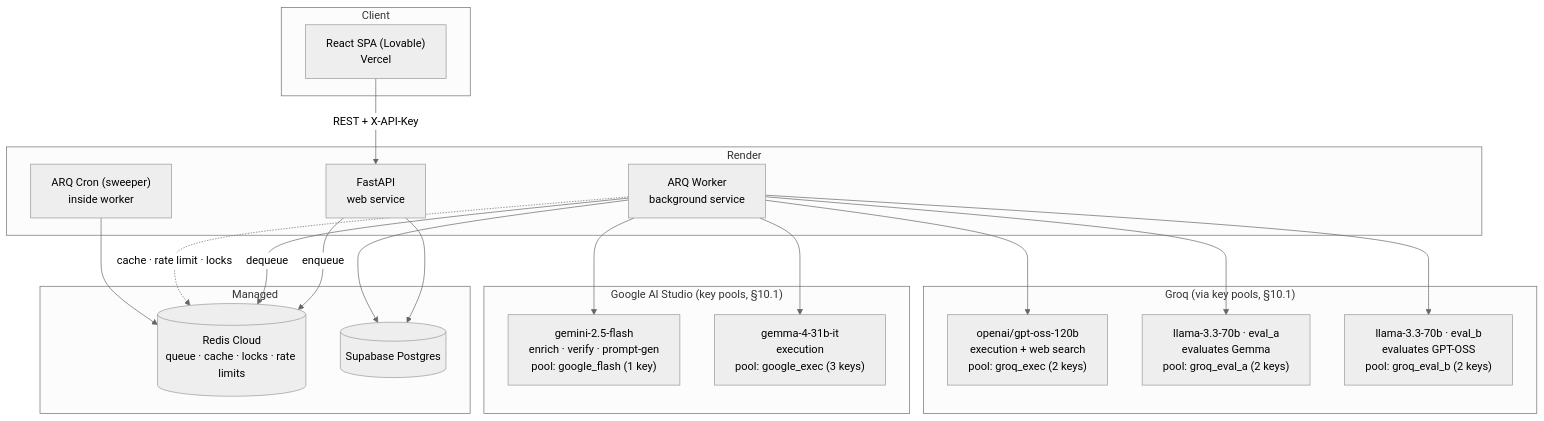
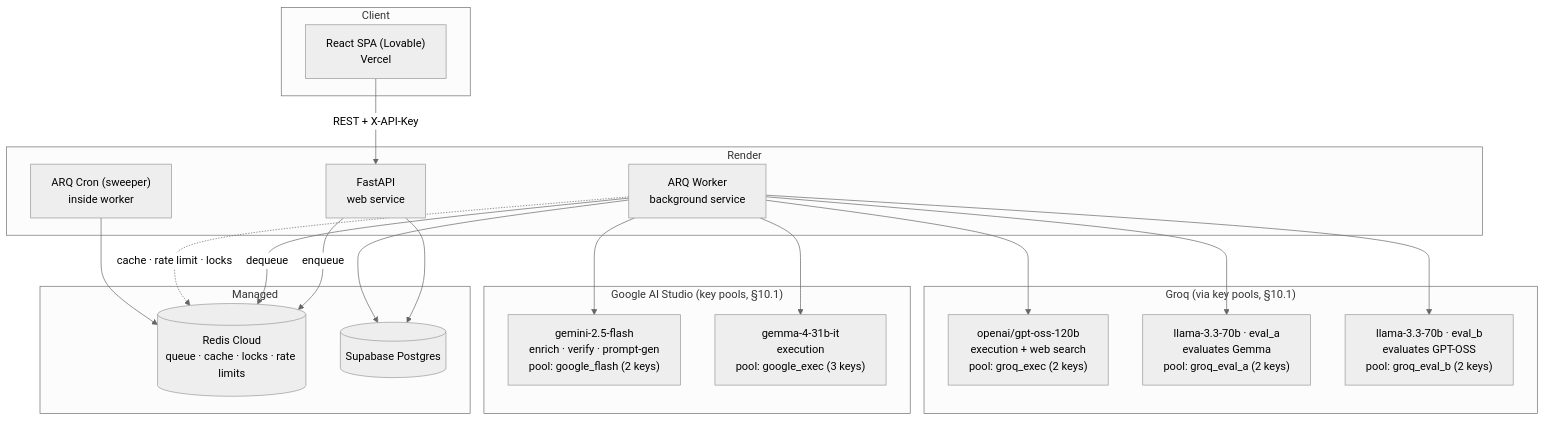
One commit to aamirray19/AI-visibility-tracker changed the first of 3 diagrams in system_design.md. Above: the diagram before and after it, drawn with Mermaid (neutral theme). The commit also changed other lines of this file and 14 other files, not shown here.

````diff
--- a/system_design.md
+++ b/system_design.md
@@ -65,37 +30,37 @@
 ```mermaid
 flowchart TB
     subgraph Client
         FE["React SPA (Lovable)<br/>Vercel"]
     end
 
     subgraph Render
         API["FastAPI<br/>web service"]
         W["ARQ Worker<br/>background service"]
         CRON["ARQ Cron (sweeper)<br/>inside worker"]
     end
 
     subgraph Managed
         RDS[("Redis Cloud<br/>queue · cache · locks · rate limits")]
         SB[("Supabase Postgres")]
     end
 
     subgraph Google["Google AI Studio (key pools, §10.1)"]
-        GEM["gemini-2.5-flash<br/>enrich · verify · prompt-gen<br/>pool: google_flash (1 key)"]
+        GEM["gemini-2.5-flash<br/>enrich · verify · prompt-gen<br/>pool: google_flash (2 keys)"]
         GEMMA["gemma-4-31b-it<br/>execution<br/>pool: google_exec (3 keys)"]
     end
 
     subgraph Groq["Groq (via key pools, §10.1)"]
         GPTOSS["openai/gpt-oss-120b<br/>execution + web search<br/>pool: groq_exec (2 keys)"]
         LLAMA_A["llama-3.3-70b · eval_a<br/>evaluates Gemma<br/>pool: groq_eval_a (2 keys)"]
         LLAMA_B["llama-3.3-70b · eval_b<br/>evaluates GPT-OSS<br/>pool: groq_eval_b (2 keys)"]
     end
 
     FE -->|"REST + X-API-Key"| API
     API -->|"enqueue"| RDS
     API --> SB
     W -->|"dequeue"| RDS
     W --> SB
     W --> GEM & GEMMA & GPTOSS & LLAMA_A & LLAMA_B
     W -.->|"cache · rate limit · locks"| RDS
     CRON --> RDS
 ```
````
